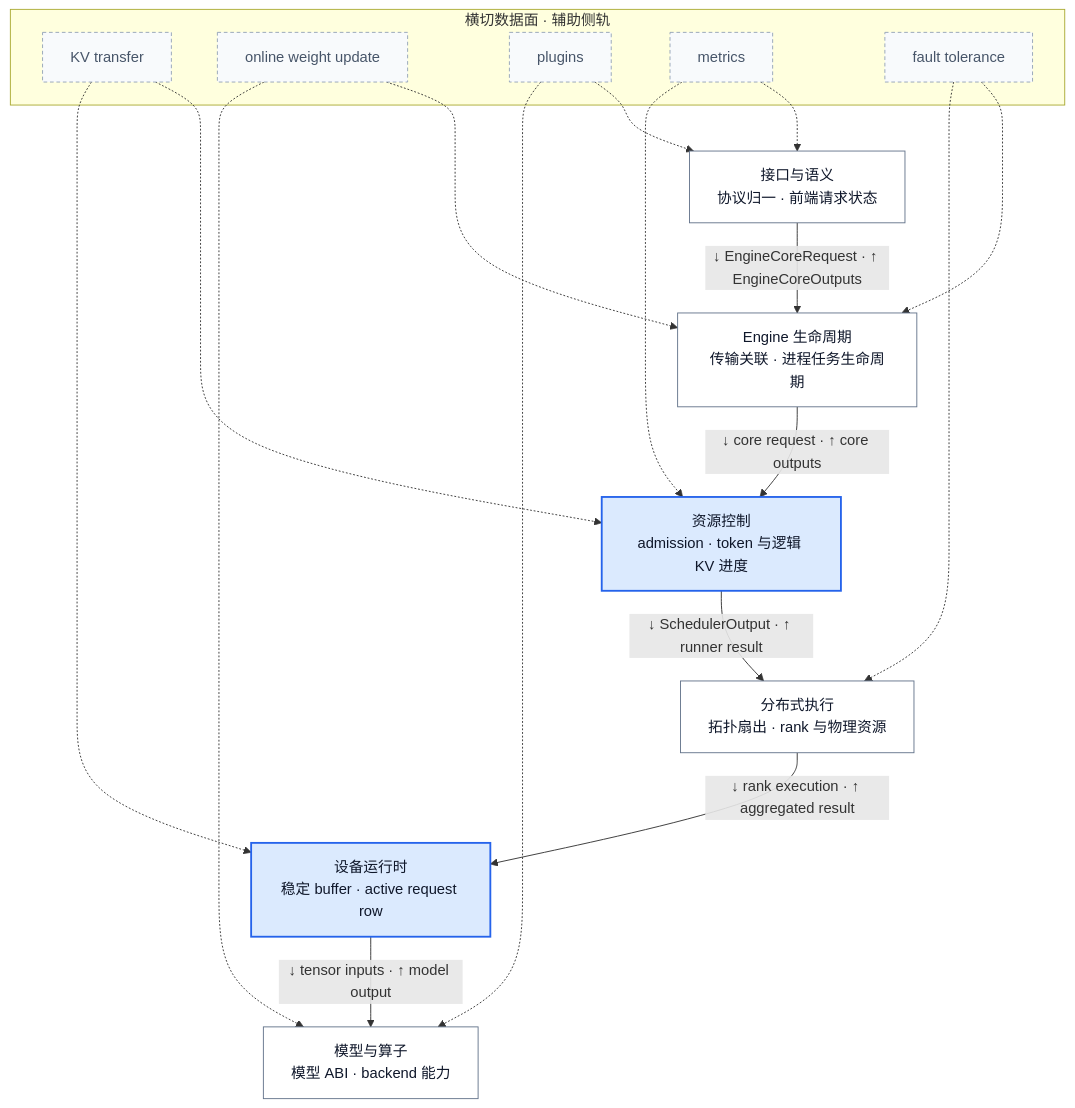
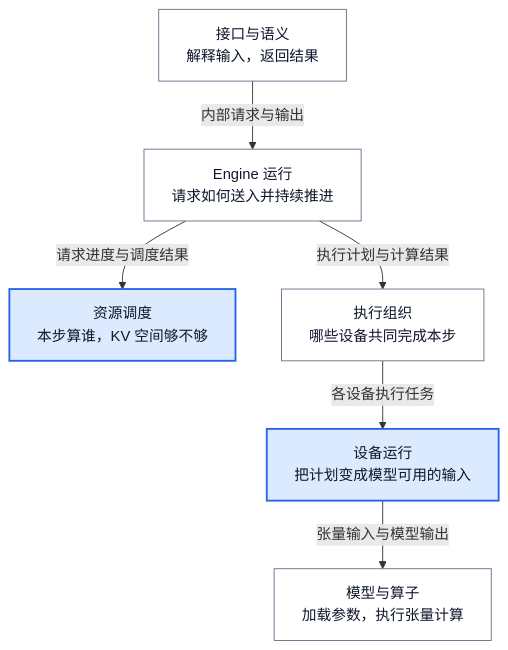
The first of 4 diagrams in wiki/02_engineering/03_infer_frameworks/vllm/03_vllm_architecture_overview_analysis.md (suhaibo666/llm-knowledge), drawn with Mermaid before and after one commit. The commit also changed other lines of this file and 49 other files, not shown here.

````diff
--- a/wiki/02_engineering/03_infer_frameworks/vllm/03_vllm_architecture_overview_analysis.md
+++ b/wiki/02_engineering/03_infer_frameworks/vllm/03_vllm_architecture_overview_analysis.md
@@ -25,40 +44,18 @@
 ```mermaid
 flowchart TB
-    L1["接口与语义<br/>协议归一 · 前端请求状态"]
-    L2["Engine 生命周期<br/>传输关联 · 进程任务生命周期"]
-    L3["资源控制<br/>admission · token 与逻辑 KV 进度"]
-    L4["分布式执行<br/>拓扑扇出 · rank 与物理资源"]
-    L5["设备运行时<br/>稳定 buffer · active request row"]
-    L6["模型与算子<br/>模型 ABI · backend 能力"]
-    subgraph Cross["横切数据面 · 辅助侧轨"]
-        X1["KV transfer"]
-        X2["online weight update"]
-        X3["plugins"]
-        X4["metrics"]
-        X5["fault tolerance"]
-    end
-
-    L1 -->|↓ EngineCoreRequest · ↑ EngineCoreOutputs| L2
-    L2 -->|↓ core request · ↑ core outputs| L3
-    L3 -->|↓ SchedulerOutput · ↑ runner result| L4
-    L4 -->|↓ rank execution · ↑ aggregated result| L5
-    L5 -->|↓ tensor inputs · ↑ model output| L6
-
-    X1 -.-> L3
-    X1 -.-> L5
-    X2 -.-> L2
-    X2 -.-> L6
-    X3 -.-> L1
-    X3 -.-> L6
-    X4 -.-> L1
-    X4 -.-> L3
-    X5 -.-> L2
-    X5 -.-> L4
-
+    I["接口与语义<br/>解释输入，返回结果"]
+    E["Engine 运行<br/>请求如何送入并持续推进"]
+    S["资源调度<br/>本步算谁，KV 空间够不够"]
+    X["执行组织<br/>哪些设备共同完成本步"]
+    R["设备运行<br/>把计划变成模型可用的输入"]
+    M["模型与算子<br/>加载参数，执行张量计算"]
+    I -->|内部请求与输出| E
+    E -->|请求进度与调度结果| S
+    E -->|执行计划与计算结果| X
+    X -->|各设备执行任务| R
+    R -->|张量输入与模型输出| M
     classDef neutral fill:#ffffff,stroke:#64748b,color:#0f172a
     classDef acc1 fill:#dbeafe,stroke:#2563eb,color:#0f172a,stroke-width:2px
-    classDef ghost fill:#f8fafc,stroke:#94a3b8,color:#475569,stroke-dasharray:4 3
-    class L1,L2,L4,L6 neutral
-    class L3,L5 acc1
-    class X1,X2,X3,X4,X5 ghost
+    class I,E,X,M neutral
+    class S,R acc1
 ```
````
